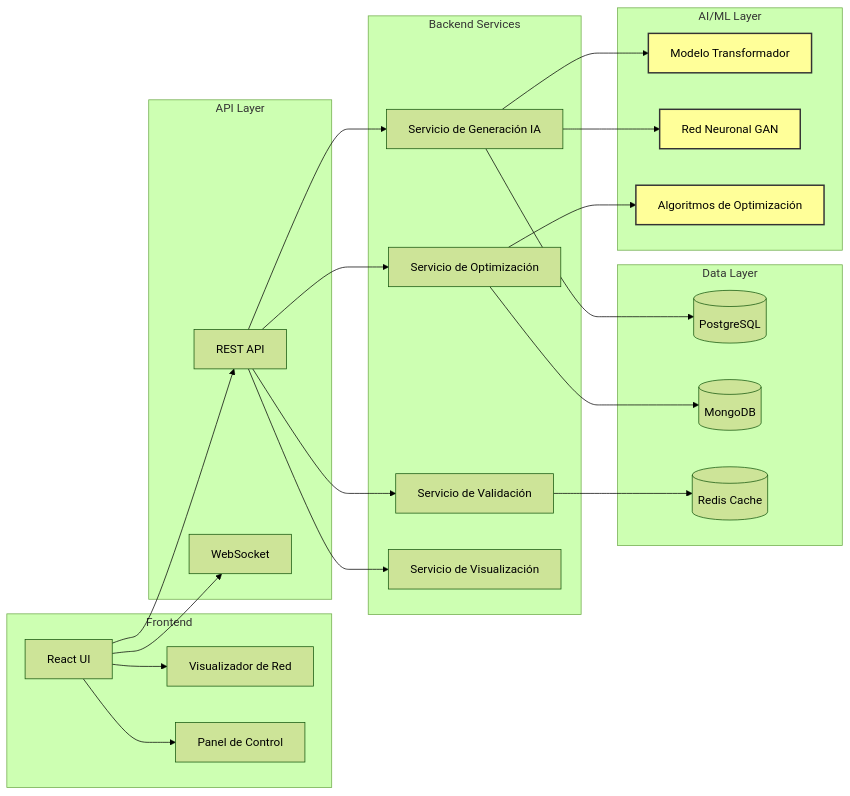
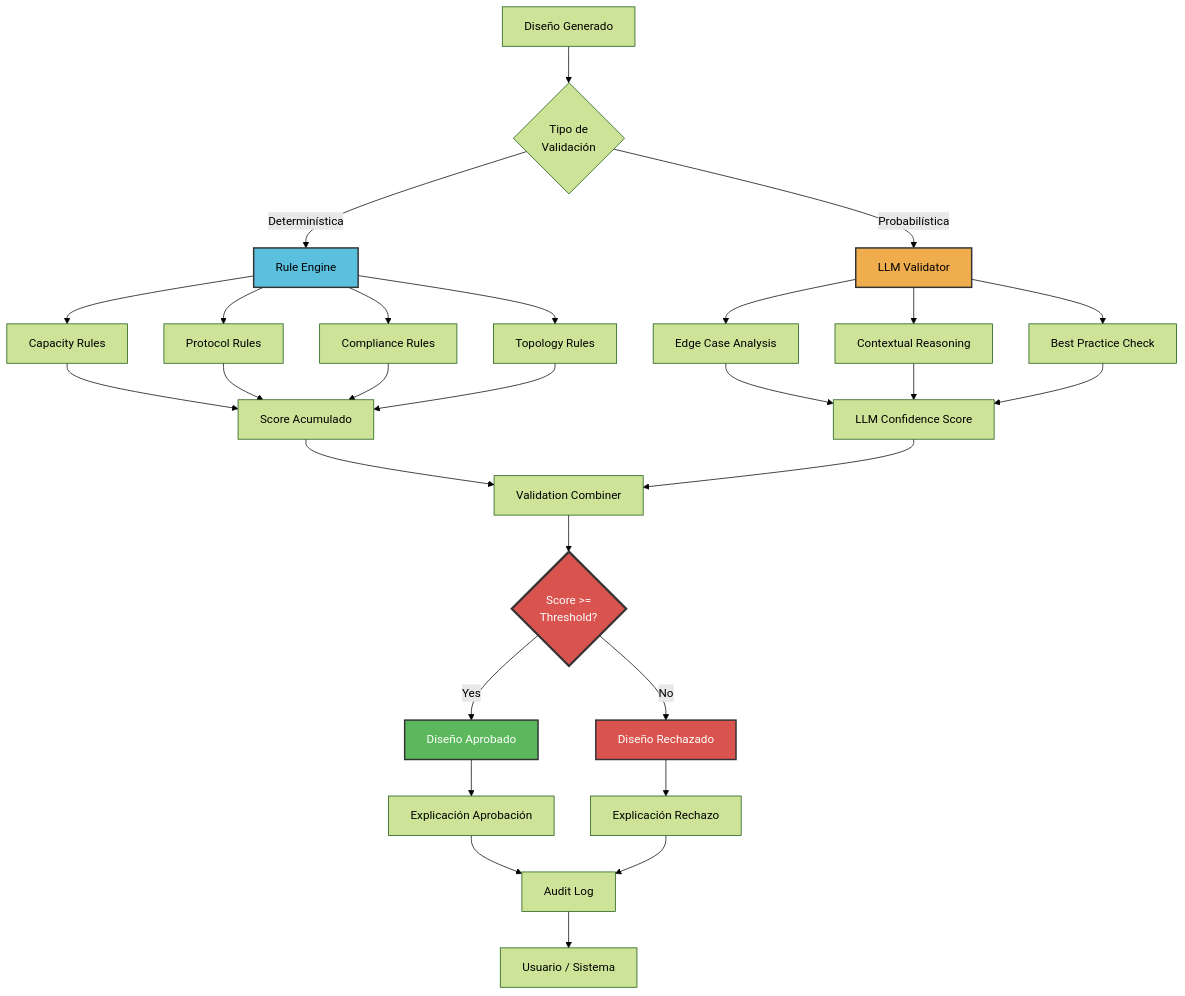
Before and after one commit to rjamoriz/Generative-AI-Network-Architecture-Design-System: the fifth of 6 diagrams in README.md, drawn with Mermaid (forest theme). The commit also changed other lines of this file, not shown here.

Commit message:
Update README with complete technical specifications, detailed architecture diagrams, and phased implementation plan

````diff
--- a/README.md
+++ b/README.md
@@ -84,50 +427,47 @@
 ```mermaid
-graph LR
-    subgraph Frontend
-        A[React UI] --> B[Visualizador de Red]
-        A --> C[Panel de Control]
-    end
+graph TB
+    A[Diseño Generado] --> B{Tipo de<br/>Validación}
     
-    subgraph "API Layer"
-        D[REST API]
-        E[WebSocket]
-    end
+    B -->|Determinística| C[Rule Engine]
+    B -->|Probabilística| D[LLM Validator]
     
-    subgraph "Backend Services"
-        F[Servicio de Generación IA]
-        G[Servicio de Optimización]
-        H[Servicio de Validación]
-        I[Servicio de Visualización]
-    end
+    C --> E[Capacity Rules]
+    C --> F[Protocol Rules]
+    C --> G[Compliance Rules]
+    C --> H[Topology Rules]
     
-    subgraph "AI/ML Layer"
-        J[Modelo Transformador]
-        K[Red Neuronal GAN]
-        L[Algoritmos de Optimización]
-    end
+    E --> I[Score Acumulado]
+    F --> I
+    G --> I
+    H --> I
     
-    subgraph "Data Layer"
-        M[(PostgreSQL)]
-        N[(MongoDB)]
-        O[(Redis Cache)]
-    end
+    D --> J[Edge Case Analysis]
+    D --> K[Contextual Reasoning]
+    D --> L[Best Practice Check]
     
-    A --> D
-    A --> E
-    D --> F
-    D --> G
-    D --> H
-    D --> I
+    J --> M[LLM Confidence Score]
+    K --> M
+    L --> M
     
-    F --> J
-    F --> K
-    G --> L
+    I --> N[Validation Combiner]
+    M --> N
     
-    F --> M
-    G --> N
-    H --> O
+    N --> O{Score >=<br/>Threshold?}
     
-    style J fill:#ff9,stroke:#333,stroke-width:2px
-    style K fill:#ff9,stroke:#333,stroke-width:2px
-    style L fill:#ff9,stroke:#333,stroke-width:2px
+    O -->|Yes| P[Diseño Aprobado]
+    O -->|No| Q[Diseño Rechazado]
+    
+    P --> R[Explicación Aprobación]
+    Q --> S[Explicación Rechazo]
+    
+    R --> T[Audit Log]
+    S --> T
+    
+    T --> U[Usuario / Sistema]
+    
+    style C fill:#5bc0de,stroke:#333,stroke-width:2px
+    style D fill:#f0ad4e,stroke:#333,stroke-width:2px
+    style O fill:#d9534f,stroke:#333,stroke-width:3px,color:#fff
+    style P fill:#5cb85c,stroke:#333,stroke-width:2px,color:#fff
+    style Q fill:#d9534f,stroke:#333,stroke-width:2px,color:#fff
 ```
````
